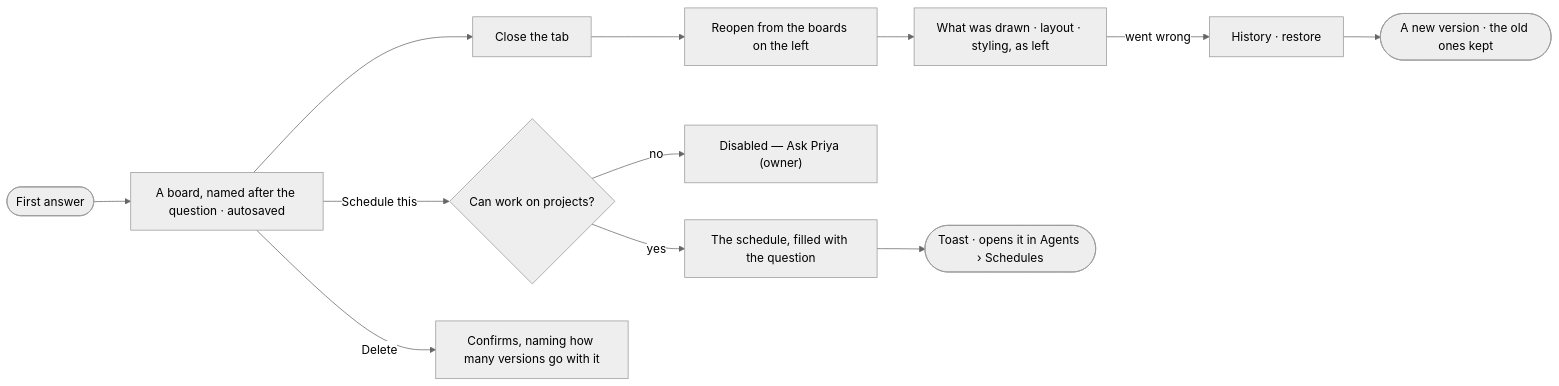
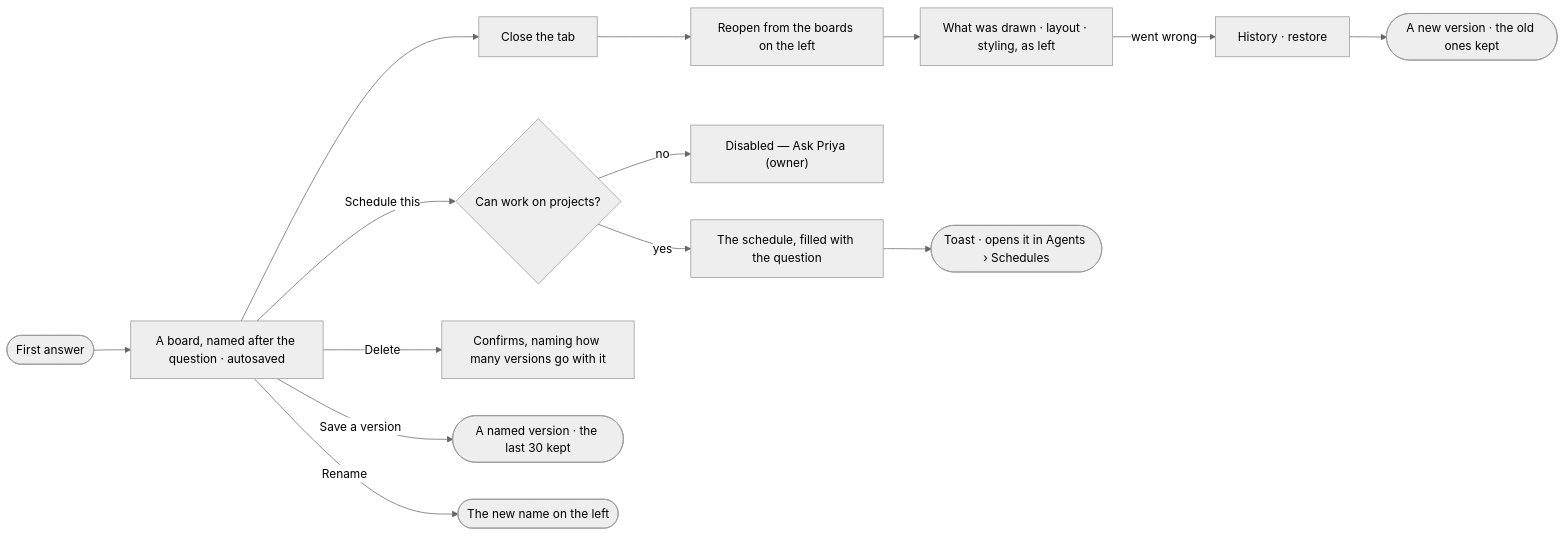
One commit to invana/invana changed the diagram in specs/capabilities/explore/features/EX-F01-the-board-and-its-canvas/stories/EX-07-keep-a-board/story.md. Above: the diagram before and after it, drawn with Mermaid (neutral theme). The commit also changed other lines of this file and 637 other files, not shown here.

````diff
--- a/specs/capabilities/explore/features/EX-F01-the-board-and-its-canvas/stories/EX-07-keep-a-board/story.md
+++ b/specs/capabilities/explore/features/EX-F01-the-board-and-its-canvas/stories/EX-07-keep-a-board/story.md
@@ -26,11 +26,13 @@
 ```mermaid
 flowchart LR
   a([First answer]) --> b["A board, named after the question · autosaved"]
   b --> c["Close the tab"] --> o["Reopen from the boards on the left"]
   o --> r["What was drawn · layout · styling, as left"]
   r -->|went wrong| h["History · restore"] --> v(["A new version · the old ones kept"])
   b -->|Schedule this| s{Can work on projects?}
   s -->|no| n["Disabled — Ask Priya (owner)"]
   s -->|yes| d["The schedule, filled with the question"] --> t(["Toast · opens it in Agents › Schedules"])
   b -->|Delete| x["Confirms, naming how many versions go with it"]
+  b -->|Save a version| m(["A named version · the last 30 kept"])
+  b -->|Rename| rn(["The new name on the left"])
 ```
````
